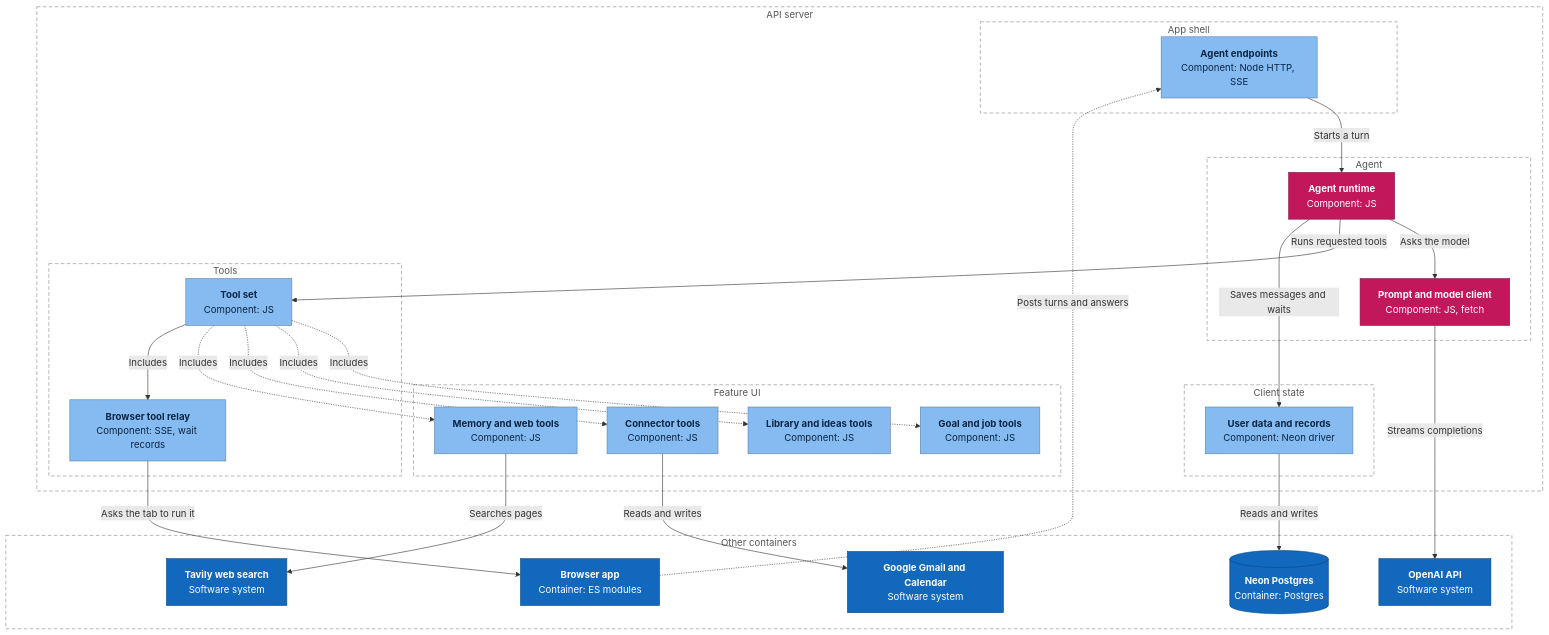
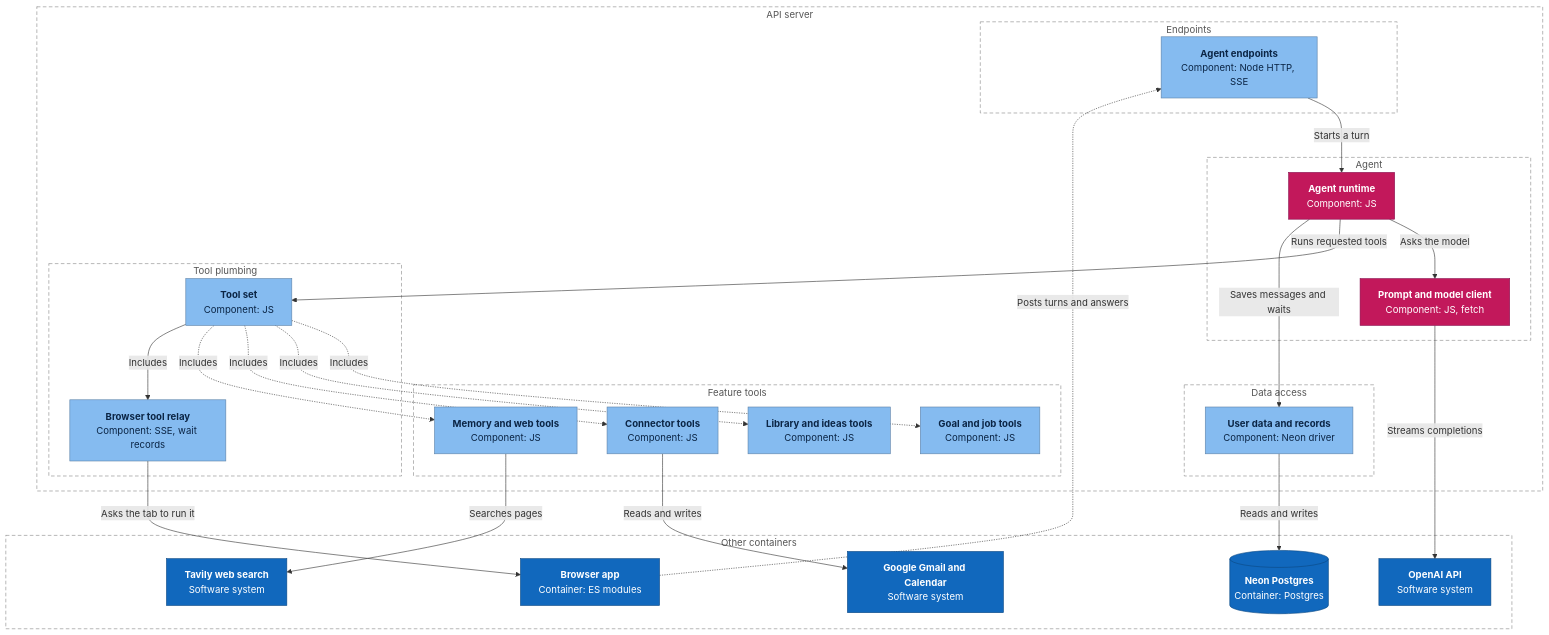
The diagram in docs/architecture/c4-components-api-server.md (lngsa1234/mini-muse-mvp), drawn with Mermaid before and after one commit. The commit also changed other lines of this file, not shown here.

First line of the commit message:
Components page: server column names (Feature tools, Data access, Endpoints)

````diff
--- a/docs/architecture/c4-components-api-server.md
+++ b/docs/architecture/c4-components-api-server.md
@@ -13,57 +13,57 @@
 ```mermaid
 flowchart TB
   subgraph app["API server"]
-    subgraph k_shell["App shell"]
+    subgraph k_shell["Endpoints"]
       agent_http["<b>Agent endpoints</b><br/>Component: Node HTTP, SSE"]
     end
-    subgraph k_feature["Feature UI"]
+    subgraph k_feature["Feature tools"]
       goal_tools["<b>Goal and job tools</b><br/>Component: JS"]
       library_tools["<b>Library and ideas tools</b><br/>Component: JS"]
       connector_tools["<b>Connector tools</b><br/>Component: JS"]
       memory_web_tools["<b>Memory and web tools</b><br/>Component: JS"]
     end
     subgraph k_agent["Agent"]
       agent_runtime["<b>Agent runtime</b><br/>Component: JS"]
       prompt_model["<b>Prompt and model client</b><br/>Component: JS, fetch"]
     end
-    subgraph k_tools["Tools"]
+    subgraph k_tools["Tool plumbing"]
       tool_set["<b>Tool set</b><br/>Component: JS"]
       browser_relay["<b>Browser tool relay</b><br/>Component: SSE, wait records"]
     end
-    subgraph k_state["Client state"]
+    subgraph k_state["Data access"]
       user_data["<b>User data and records</b><br/>Component: Neon driver"]
     end
   end
   subgraph others["Other containers"]
     browser_app["<b>Browser app</b><br/>Container: ES modules"]
     openai["<b>OpenAI API</b><br/>Software system"]
     google_apis["<b>Google Gmail and Calendar</b><br/>Software system"]
     tavily["<b>Tavily web search</b><br/>Software system"]
     neon_postgres[("<b>Neon Postgres</b><br/>Container: Postgres")]
   end
   browser_app -.->|"Posts turns and answers"| agent_http
   agent_http -->|"Starts a turn"| agent_runtime
   agent_runtime -->|"Asks the model"| prompt_model
   prompt_model -->|"Streams completions"| openai
   agent_runtime -->|"Runs requested tools"| tool_set
   tool_set -.->|"Includes"| goal_tools
   tool_set -.->|"Includes"| library_tools
   tool_set -.->|"Includes"| connector_tools
   tool_set -.->|"Includes"| memory_web_tools
   tool_set -->|"Includes"| browser_relay
   browser_relay -->|"Asks the tab to run it"| browser_app
   connector_tools -->|"Reads and writes"| google_apis
   memory_web_tools -->|"Searches pages"| tavily
   agent_runtime -->|"Saves messages and waits"| user_data
   user_data -->|"Reads and writes"| neon_postgres
   classDef person fill:#08427b,stroke:#052e56,color:#ffffff
   classDef container fill:#1168bd,stroke:#0b4884,color:#ffffff
   classDef component fill:#85bbf0,stroke:#5d82a8,color:#0b2545
   classDef agent fill:#c2185b,stroke:#880e4f,color:#ffffff
   classDef external fill:#8a8a8a,stroke:#6b6b6b,color:#ffffff
   classDef boundary fill:none,stroke:#888888,stroke-dasharray:6 4,color:#555555
   class agent_http,tool_set,goal_tools,library_tools,connector_tools,memory_web_tools,browser_relay,user_data component
   class agent_runtime,prompt_model agent
   class browser_app,openai,google_apis,tavily,neon_postgres container
   class app,k_shell,k_feature,k_agent,k_tools,k_state,others boundary
 ```
````
